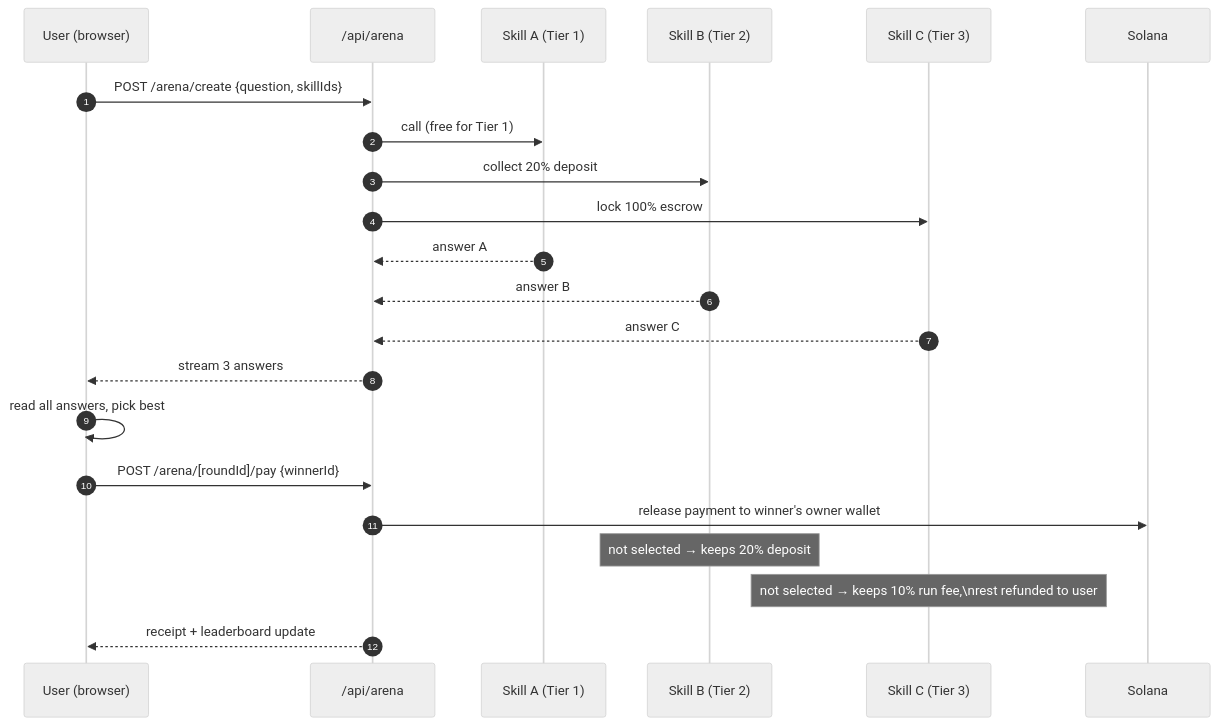
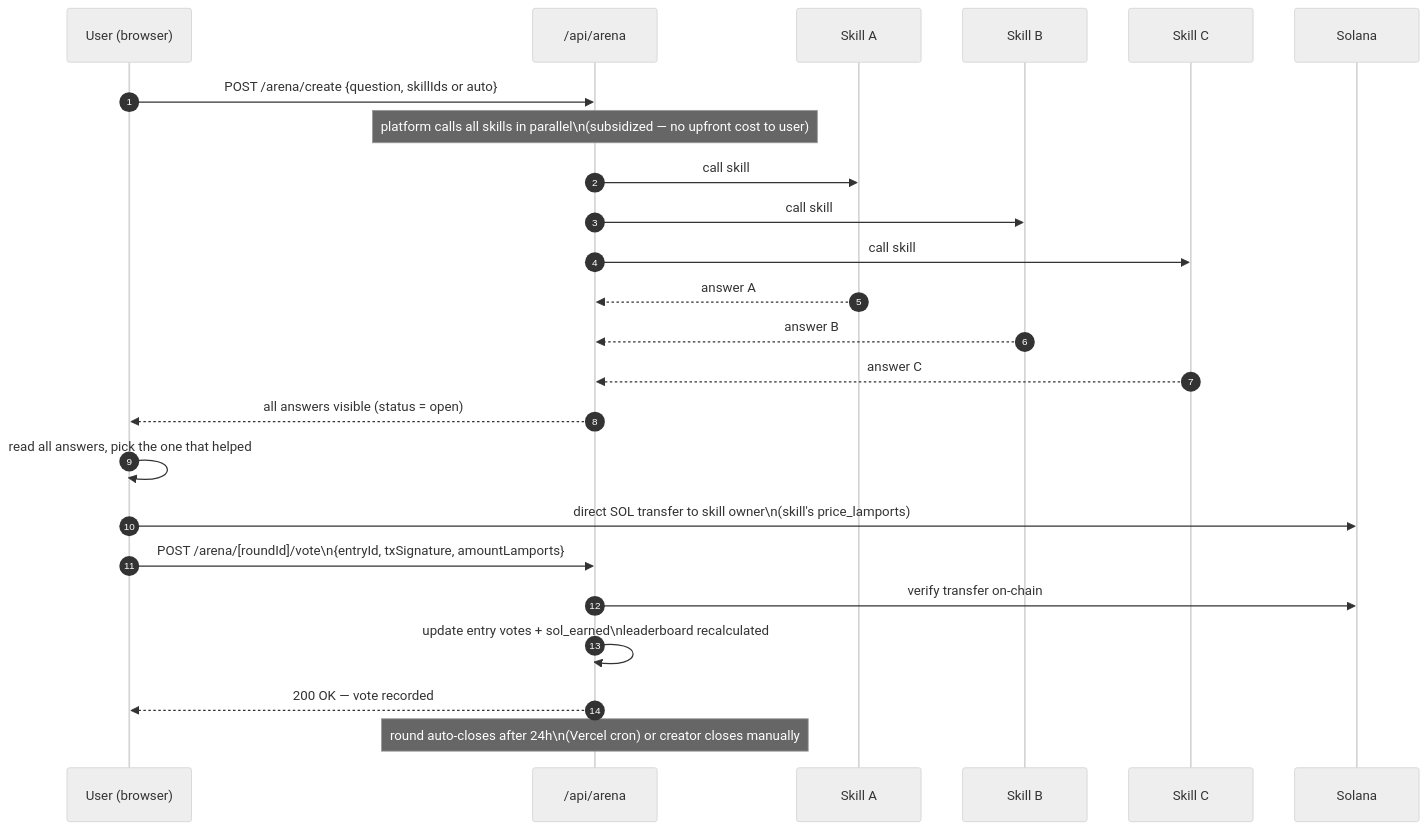
One commit to windyinwind/skillhive-marketplace changed the eighth of 8 diagrams in README.md. Above: the diagram before and after it, drawn with Mermaid (neutral theme). The commit also changed other lines of this file and 67 other files, not shown here.

Commit message:
feat: implement marketplace publishing guide, fee schedule, and supporting pages with arena synthesis logic

````diff
--- a/README.md
+++ b/README.md
@@ -264,26 +269,29 @@
 ```mermaid
 sequenceDiagram
     autonumber
     participant U as User (browser)
     participant API as /api/arena
-    participant S1 as Skill A (Tier 1)
-    participant S2 as Skill B (Tier 2)
-    participant S3 as Skill C (Tier 3)
+    participant S1 as Skill A
+    participant S2 as Skill B
+    participant S3 as Skill C
     participant Chain as Solana
 
-    U->>API: POST /arena/create {question, skillIds}
-    API->>S1: call (free for Tier 1)
-    API->>S2: collect 20% deposit
-    API->>S3: lock 100% escrow
+    U->>API: POST /arena/create {question, skillIds or auto}
+    Note over API: platform calls all skills in parallel\n(subsidized — no upfront cost to user)
+    API->>S1: call skill
+    API->>S2: call skill
+    API->>S3: call skill
     S1-->>API: answer A
     S2-->>API: answer B
     S3-->>API: answer C
-    API-->>U: stream 3 answers
+    API-->>U: all answers visible (status = open)
 
-    U->>U: read all answers, pick best
-    U->>API: POST /arena/[roundId]/pay {winnerId}
-    API->>Chain: release payment to winner's owner wallet
-    Note over S2: not selected → keeps 20% deposit
-    Note over S3: not selected → keeps 10% run fee,\nrest refunded to user
-    API-->>U: receipt + leaderboard update
+    U->>U: read all answers, pick the one that helped
+    U->>Chain: direct SOL transfer to skill owner\n(skill's price_lamports)
+    U->>API: POST /arena/[roundId]/vote\n{entryId, txSignature, amountLamports}
+    API->>Chain: verify transfer on-chain
+    API->>API: update entry votes + sol_earned\nleaderboard recalculated
+    API-->>U: 200 OK — vote recorded
+
+    Note over API: round auto-closes after 24h\n(Vercel cron) or creator closes manually
 ```
````
